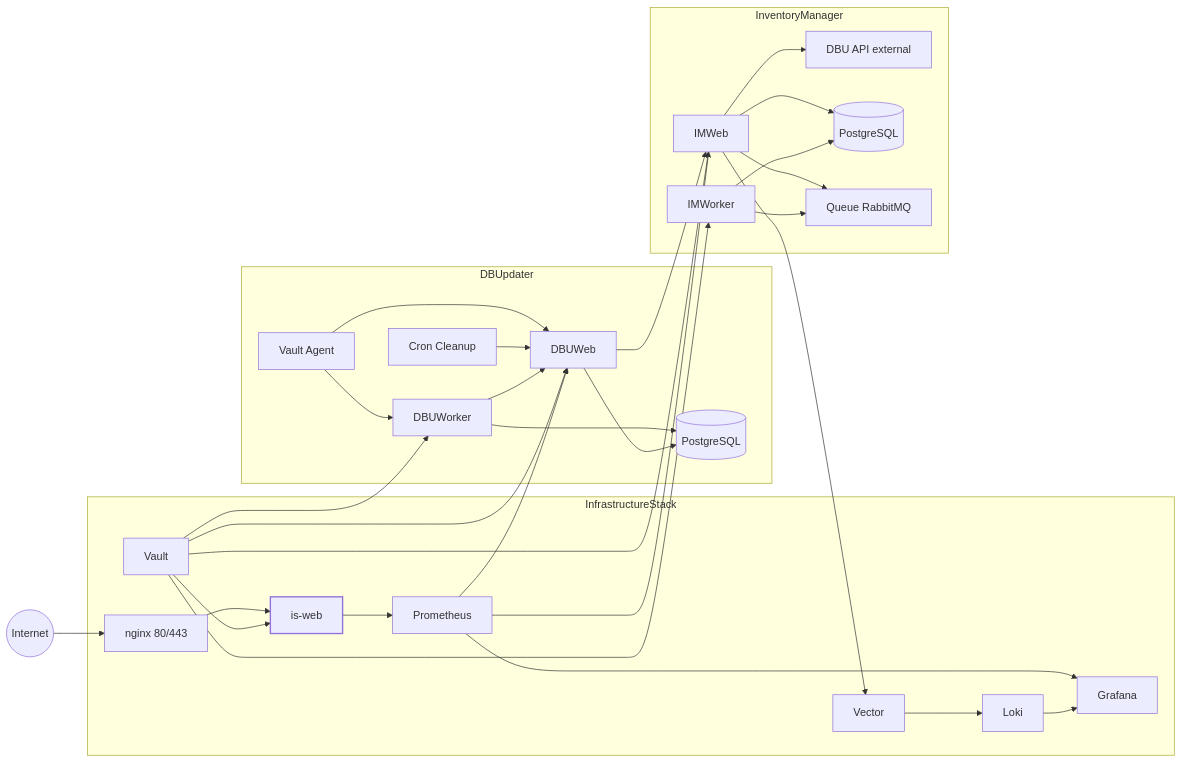
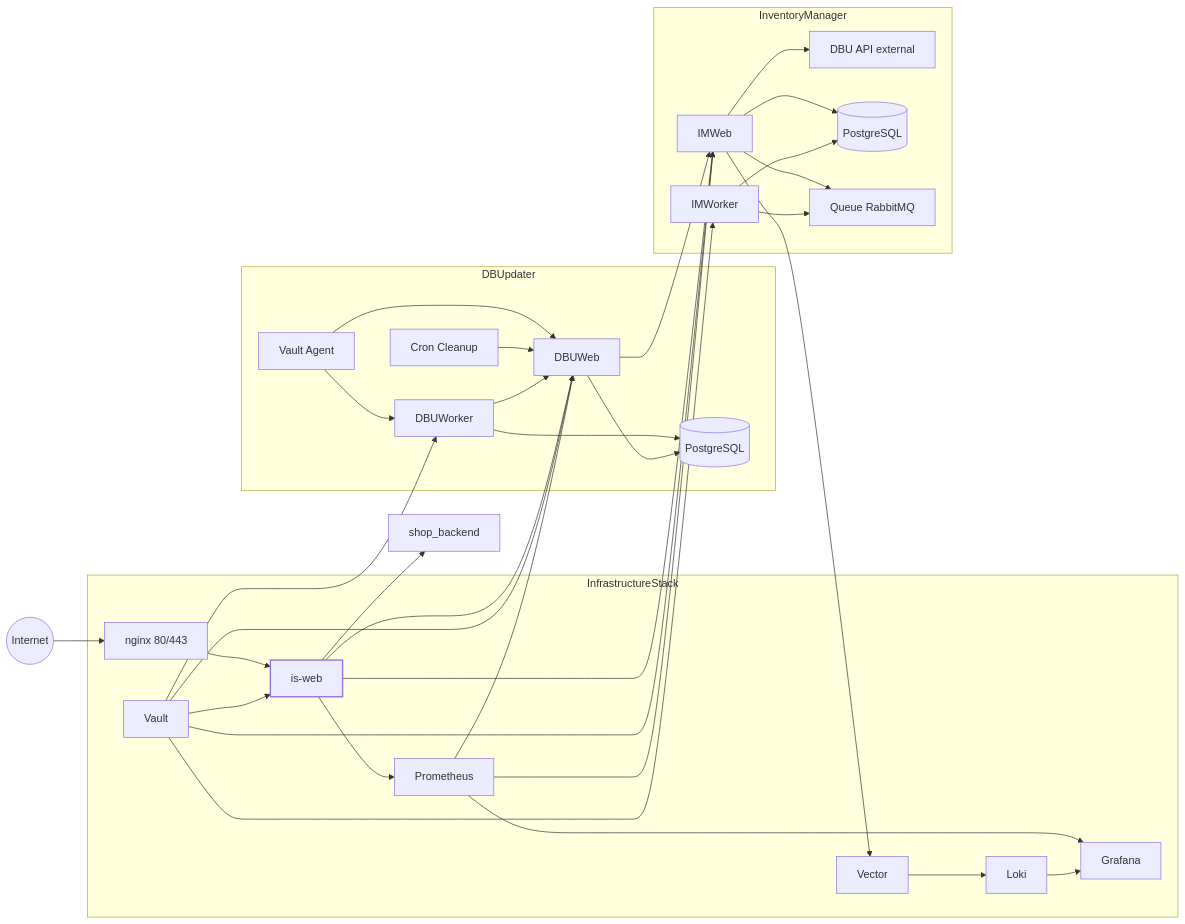
One commit to MKRO-JWL/pjs-ecosystem-docs changed the first of 4 diagrams in SOFTWARE_ECOSYSTEM.md. Above: the diagram before and after it, drawn with Mermaid. The commit also changed other lines of this file, not shown here.

````diff
--- a/SOFTWARE_ECOSYSTEM.md
+++ b/SOFTWARE_ECOSYSTEM.md
@@ -11,59 +11,63 @@
 ```mermaid
 flowchart LR
     %% --- Infrastructure Stack ---
     subgraph InfrastructureStack["InfrastructureStack"]
         Nginx["nginx 80/443"]
         ISWeb["is-web"]
         Prometheus["Prometheus"]
         Loki["Loki"]
         Grafana["Grafana"]
         Vault["Vault"]
         Vector["Vector"]
     end
 
     %% --- External ---
     Internet(("Internet")) --> Nginx
     Nginx --> ISWeb
     ISWeb --> Prometheus
     Vector --> Loki
     Prometheus --> Grafana
     Loki --> Grafana
 
-
+    %% --- IS tracking ---
+    ISWeb --> DBUWeb
+    ISWeb --> IMWeb
+    ISWeb --> shop_backend["shop_backend"]
+    
     %% --- Vault access ---
     Vault --> ISWeb
     Vault --> DBUWeb
     Vault --> DBUWorker
     Vault --> IMWeb
     Vault --> IMWorker
 
     %% --- Prometheus scrapes ---
     Prometheus --> DBUWeb
     Prometheus --> IMWeb
 
     %% --- DBUpdater ---
     subgraph DBUpdater["DBUpdater"]
         DBUVault["Vault Agent"] --> DBUWeb
         DBUVault --> DBUWorker
         DBUCron["Cron Cleanup"] --> DBUWeb
         DBUWorker --> DBUWeb
         DBUWorker --> DBUDB[("PostgreSQL")]
         DBUWeb --> DBUDB
     end
 
     %% --- Inventory Manager ---
     subgraph InventoryManager["InventoryManager"]
         IMWeb --> DBUAPI["DBU API external"]
         IMWeb --> IMDB[("PostgreSQL")]
         IMWeb --> Rabbit["Queue RabbitMQ"]
         IMWeb --> Vector
         IMWorker --> IMDB
         IMWorker --> Rabbit
     end
 
     %% --- API integration ---
     DBUWeb --> IMWeb
 
     %% --- Styling ---
     style ISWeb stroke-width:2px,stroke-dasharray: 0
 ```
````
